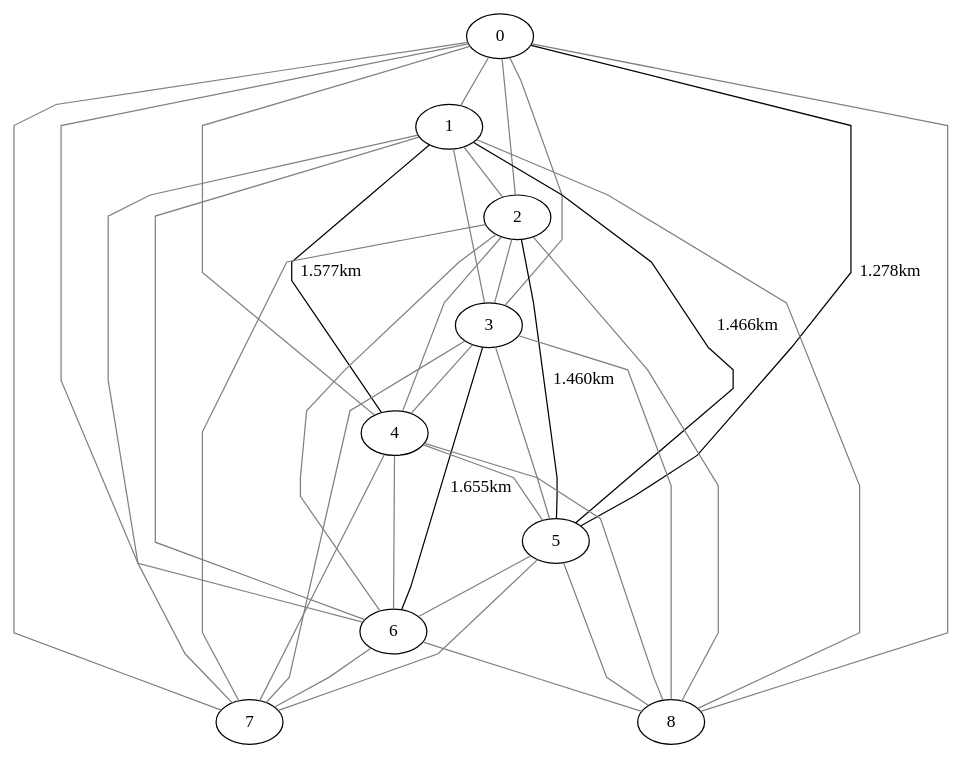
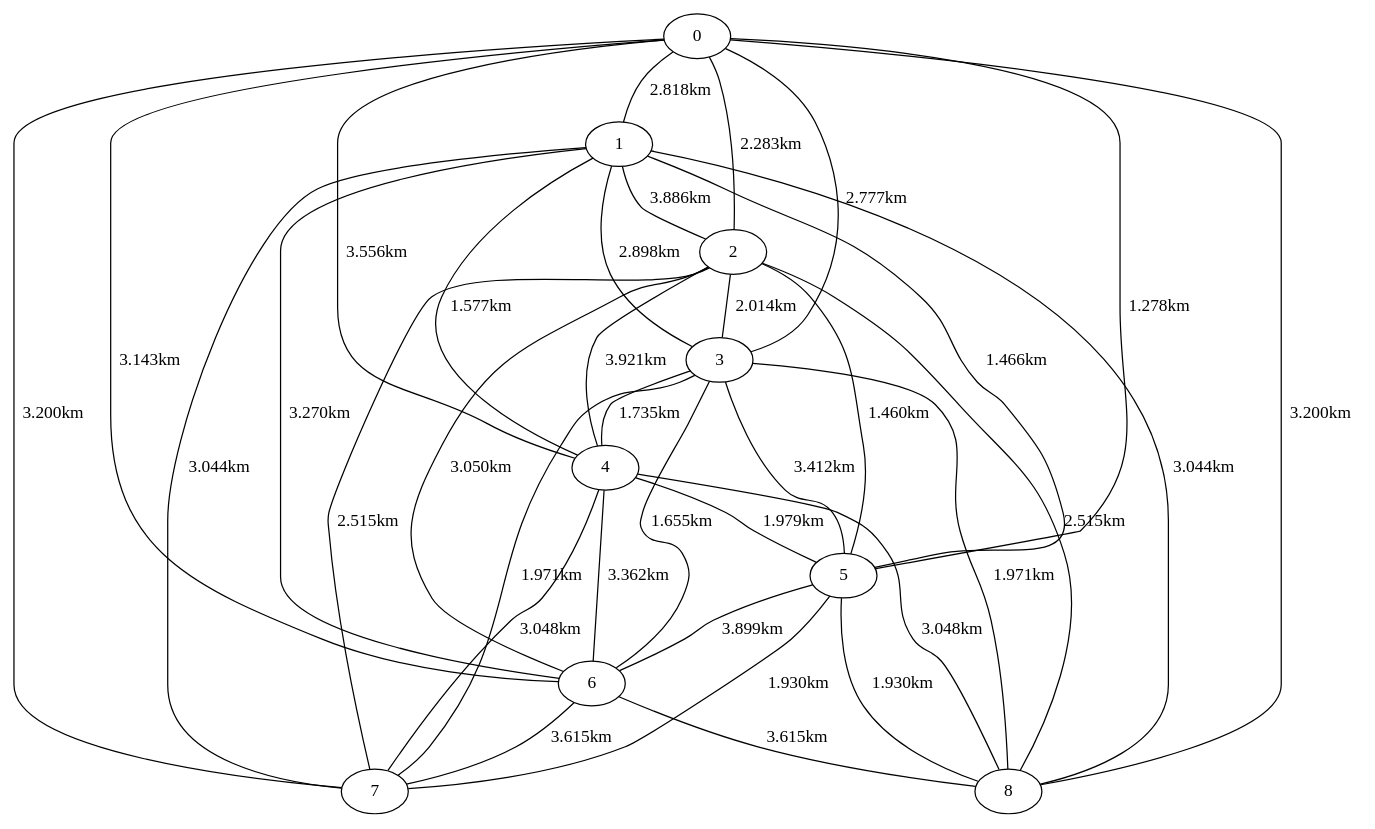
One commit to RenatoMoraesUFES/MCVRPIRFTW changed the diagram in bin/OUTPUT/01-C06F1M3_DIST.dot. Above: the diagram before and after it, drawn with Graphviz. The commit also changed 11 other files, not shown here.

```diff
--- a/bin/OUTPUT/01-C06F1M3_DIST.dot
+++ b/bin/OUTPUT/01-C06F1M3_DIST.dot
@@ -1,65 +1,64 @@
 strict graph {
-splines="compound"
-0--1 [color=grey];
-0--2 [color=grey];
-0--3 [color=grey];
-0--4 [color=grey];
+0--1 [label =  "2.818km"];
+0--2 [label =  "2.283km"];
+0--3 [label =  "2.777km"];
+0--4 [label =  "3.556km"];
 0--5 [label =  "1.278km"];
-0--6 [color=grey];
-0--7 [color=grey];
-0--8 [color=grey];
-1--2 [color=grey];
-1--3 [color=grey];
+0--6 [label =  "3.143km"];
+0--7 [label =  "3.200km"];
+0--8 [label =  "3.200km"];
+1--2 [label =  "3.886km"];
+1--3 [label =  "2.898km"];
 1--4 [label =  "1.577km"];
 1--5 [label =  "1.466km"];
-1--6 [color=grey];
-1--7 [color=grey];
-1--8 [color=grey];
-2--1 [color=grey];
-2--3 [color=grey];
-2--4 [color=grey];
+1--6 [label =  "3.270km"];
+1--7 [label =  "3.044km"];
+1--8 [label =  "3.044km"];
+2--1 [label =  "3.886km"];
+2--3 [label =  "2.014km"];
+2--4 [label =  "3.921km"];
 2--5 [label =  "1.460km"];
-2--6 [color=grey];
-2--7 [color=grey];
-2--8 [color=grey];
-3--1 [color=grey];
-3--2 [color=grey];
-3--4 [color=grey];
-3--5 [color=grey];
+2--6 [label =  "3.050km"];
+2--7 [label =  "2.515km"];
+2--8 [label =  "2.515km"];
+3--1 [label =  "2.898km"];
+3--2 [label =  "2.014km"];
+3--4 [label =  "1.735km"];
+3--5 [label =  "3.412km"];
 3--6 [label =  "1.655km"];
-3--7 [color=grey];
-3--8 [color=grey];
+3--7 [label =  "1.971km"];
+3--8 [label =  "1.971km"];
 4--1 [label =  "1.577km"];
-4--2 [color=grey];
-4--3 [color=grey];
-4--5 [color=grey];
-4--6 [color=grey];
-4--7 [color=grey];
-4--8 [color=grey];
+4--2 [label =  "3.921km"];
+4--3 [label =  "1.735km"];
+4--5 [label =  "1.979km"];
+4--6 [label =  "3.362km"];
+4--7 [label =  "3.048km"];
+4--8 [label =  "3.048km"];
 5--1 [label =  "1.466km"];
 5--2 [label =  "1.460km"];
-5--3 [color=grey];
-5--4 [color=grey];
-5--6 [color=grey];
-5--7 [color=grey];
-5--8 [color=grey];
-6--1 [color=grey];
-6--2 [color=grey];
+5--3 [label =  "3.412km"];
+5--4 [label =  "1.979km"];
+5--6 [label =  "3.899km"];
+5--7 [label =  "1.930km"];
+5--8 [label =  "1.930km"];
+6--1 [label =  "3.270km"];
+6--2 [label =  "3.050km"];
 6--3 [label =  "1.655km"];
-6--4 [color=grey];
-6--5 [color=grey];
-6--7 [color=grey];
-6--8 [color=grey];
-7--1 [color=grey];
-7--2 [color=grey];
-7--3 [color=grey];
-7--4 [color=grey];
-7--5 [color=grey];
-7--6 [color=grey];
-8--1 [color=grey];
-8--2 [color=grey];
-8--3 [color=grey];
-8--4 [color=grey];
-8--5 [color=grey];
-8--6 [color=grey];
+6--4 [label =  "3.362km"];
+6--5 [label =  "3.899km"];
+6--7 [label =  "3.615km"];
+6--8 [label =  "3.615km"];
+7--1 [label =  "3.044km"];
+7--2 [label =  "2.515km"];
+7--3 [label =  "1.971km"];
+7--4 [label =  "3.048km"];
+7--5 [label =  "1.930km"];
+7--6 [label =  "3.615km"];
+8--1 [label =  "3.044km"];
+8--2 [label =  "2.515km"];
+8--3 [label =  "1.971km"];
+8--4 [label =  "3.048km"];
+8--5 [label =  "1.930km"];
+8--6 [label =  "3.615km"];
 }
```
